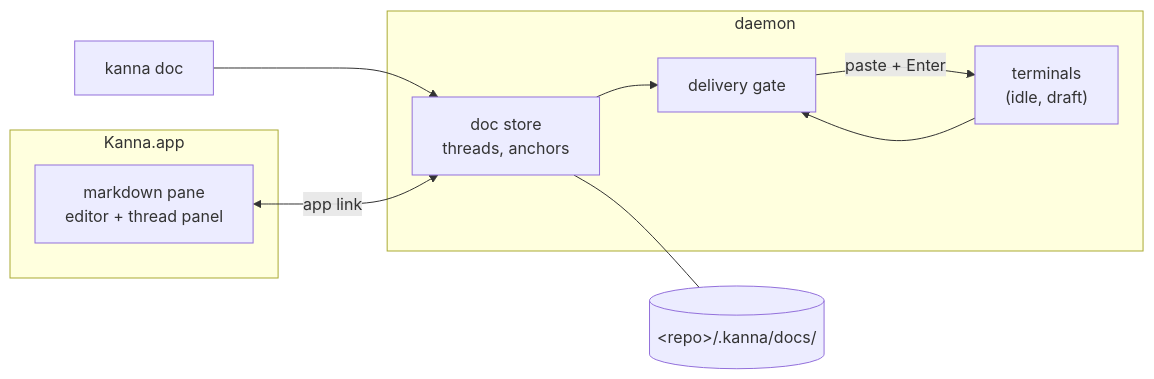
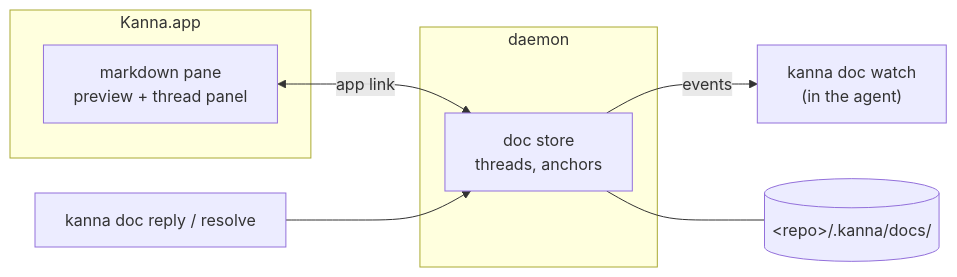
Before and after one commit to jemdiggity/kanna-v4: the third of 3 diagrams in docs/specs/doc-markup.md, drawn with Mermaid. The commit also changed other lines of this file and 2 other files, not shown here.

Commit message:
Doc markup: agents watch for comments instead of having them typed in; preview only, ⌘-click to comment, Vim keys, no /agent, threads not committed

````diff
--- a/docs/specs/doc-markup.md
+++ b/docs/specs/doc-markup.md
@@ -91,17 +104,15 @@
 ```mermaid
 flowchart LR
     subgraph app["Kanna.app"]
-        V["markdown pane<br/>editor + thread panel"]
+        V["markdown pane<br/>preview + thread panel"]
     end
     subgraph daemon["daemon"]
         S["doc store<br/>threads, anchors"]
-        G["delivery gate"]
-        T["terminals<br/>(idle, draft)"]
     end
-    CLI["kanna doc"] --> S
+    W["kanna doc watch<br/>(in the agent)"]
+    CLI["kanna doc reply / resolve"]
     V <-->|app link| S
-    S --> G
-    T --> G
-    G -->|paste + Enter| T
+    S -->|events| W
+    CLI --> S
     S --- F[("&lt;repo&gt;/.kanna/docs/")]
 ```
````
